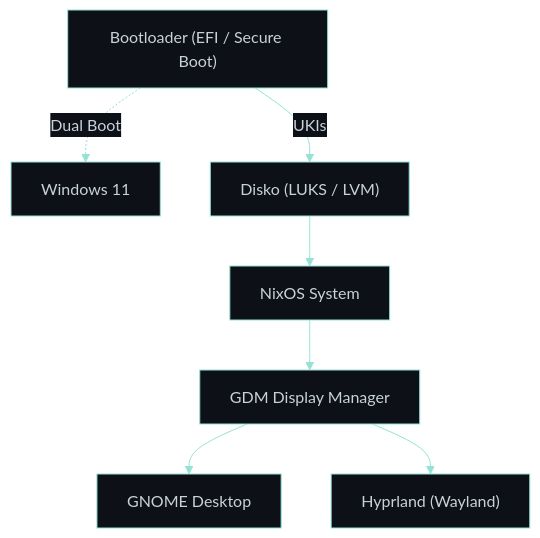
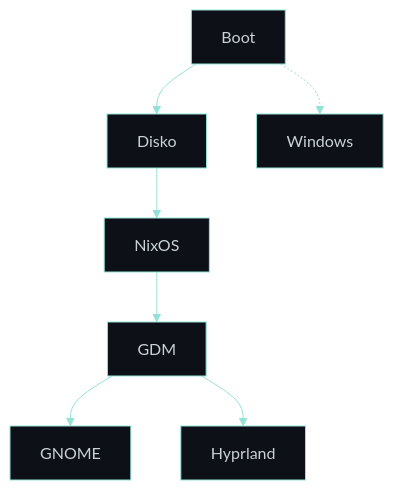
The diagram in README.md (RomeoCavazza/nixos-config), drawn with Mermaid before and after one commit.

Commit message:
docs: remove all descriptive text and arrow labels from diagram (pure minimalist flow)

````diff
--- a/README.md
+++ b/README.md
@@ -33,11 +33,10 @@
 ```mermaid
 %%{init: {'theme': 'base', 'themeVariables': { 'primaryColor': '#161b22', 'secondaryColor': '#0d1117', 'tertiaryColor': '#0d1117', 'primaryBorderColor': '#94e2d5', 'lineColor': '#94e2d5', 'primaryTextColor': '#c9d1d9', 'mainBkg': '#0d1117', 'clusterBkg': '#161b22', 'clusterBorder': '#30363d' }}}%%
 flowchart TB
-  boot["Bootloader (EFI / Secure Boot)"]
-  boot -.->|"Dual Boot"| windows["Windows 11"]
-  boot -->|"UKIs"| disko["Disko (LUKS / LVM)"]
-  disko --> nixos["NixOS System"]
-  nixos --> gdm["GDM Display Manager"]
-  gdm --> gnome["GNOME Desktop"]
-  gdm --> hyprland["Hyprland (Wayland)"]
+  Boot --> Disko
+  Boot -.-> Windows
+  Disko --> NixOS
+  NixOS --> GDM
+  GDM --> GNOME
+  GDM --> Hyprland
 ```
````
